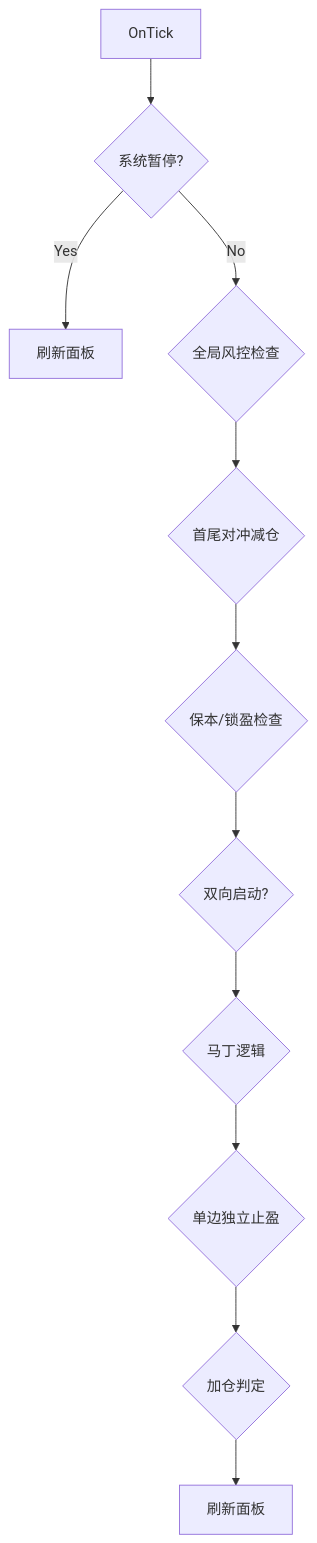
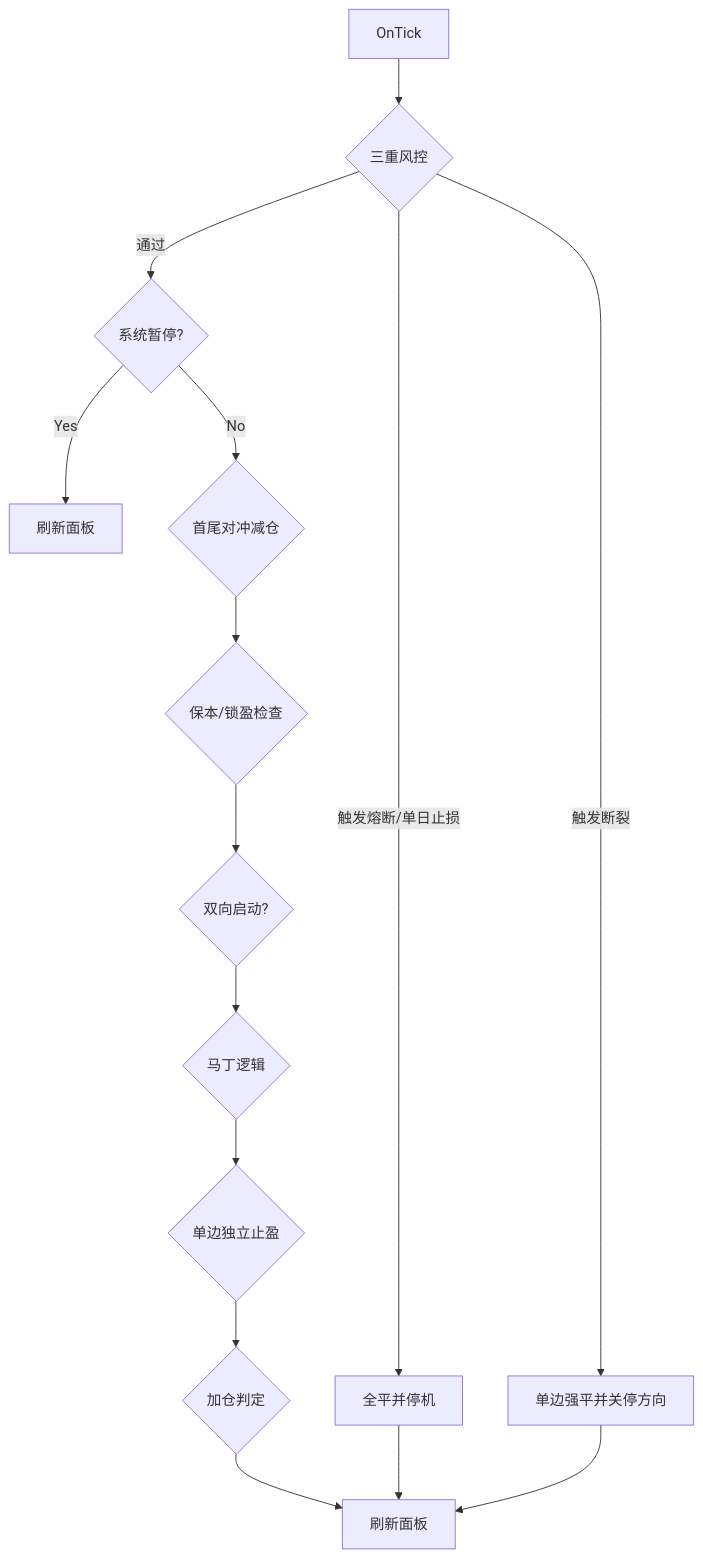
The diagram in Requirements.md (Jingkzhou/QuantTrader), drawn with Mermaid before and after one commit. The commit also changed other lines of this file and 1 other file, not shown here.

````diff
--- a/Requirements.md
+++ b/Requirements.md
@@ -123,13 +144,17 @@
 ```mermaid
 graph TD
-    Start[OnTick] --> Pause{系统暂停?}
+    Start[OnTick] --> Risk{三重风控}
+    Risk -- 触发熔断/单日止损 --> Stop[全平并停机]
+    Risk -- 触发断裂 --> SideClose[单边强平并关停方向]
+    Risk -- 通过 --> Pause{系统暂停?}
     Pause -- Yes --> UIOnly[刷新面板]
-    Pause -- No --> Risk{全局风控检查}
-    Risk --> Hedge{首尾对冲减仓}
+    Pause -- No --> Hedge{首尾对冲减仓}
     Hedge --> BE{保本/锁盈检查}
     BE --> Dual{双向启动?}
     Dual --> Martingale{马丁逻辑}
     Martingale --> TP{单边独立止盈}
     TP --> Add{加仓判定}
     Add --> UI[刷新面板]
+    Stop --> UI
+    SideClose --> UI
 ```
````
